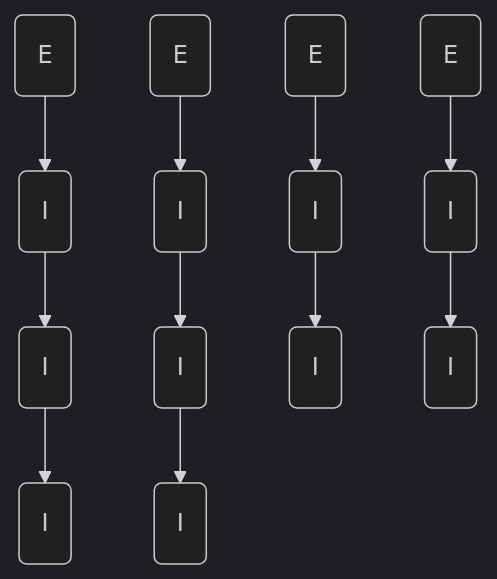
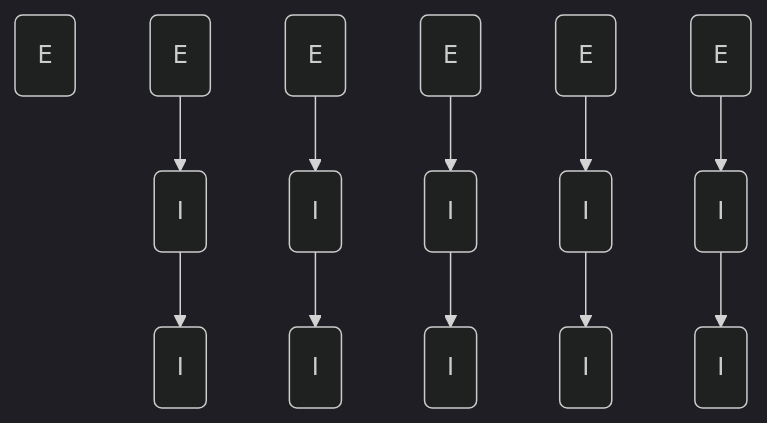
Before and after one commit to SciCatProject/documentation: the diagram in Development/v4.x/backend/authorization/authorization_users.md, drawn with Mermaid (dark theme). The commit also changed other lines of this file and 2 other files, not shown here.

````diff
--- a/Development/v4.x/backend/authorization/authorization_users.md
+++ b/Development/v4.x/backend/authorization/authorization_users.md
@@ -126,7 +24,9 @@
 ```mermaid
 graph TD;
-    DatasetCreate(E)-->DatasetCreateOwnerNoPid(I)-->DatasetCreateOwnerWithPid(I)-->DatasetCreateAny(I);
-    DatasetRead(E)-->DatasetReadPublic(I)-->DatasetReadOwnerOrAccess(I)-->DatasetReadAny(I);
-    DatasetUpdate(E)-->DatasetUpdateOwner(I)-->DatasetUpdateAny(I);
-    DatasetDelete(E)-->DatasetDeleteOwner(I)-->DatasetDelteAny(I);
+    UserLogin(E)
+    UserCreate(E)-->UserCreateOwn(I)-->UserCreateAny(I);
+    UserRead(E)-->UserReadOwn(I)-->UserReadAny(I);
+    UserUpdate(E)-->UserUpdateOwner(I)-->UserUpdateAny(I);
+    UserPassword(E)-->UserPasswordOwner(I)-->UserPasswordAny(I);
+    UserDelete(E)-->UserDeleteOwn(I)-->UserDeleteAny(I);
 ```
````
